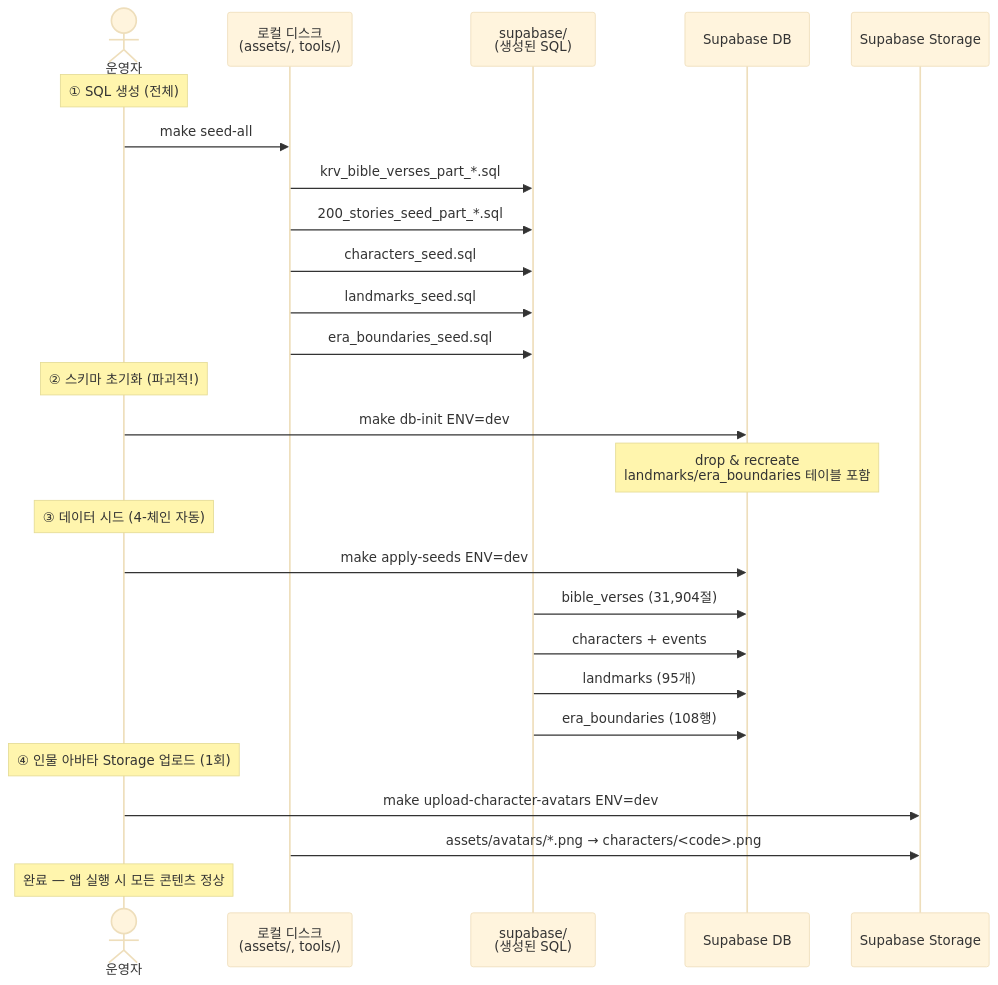
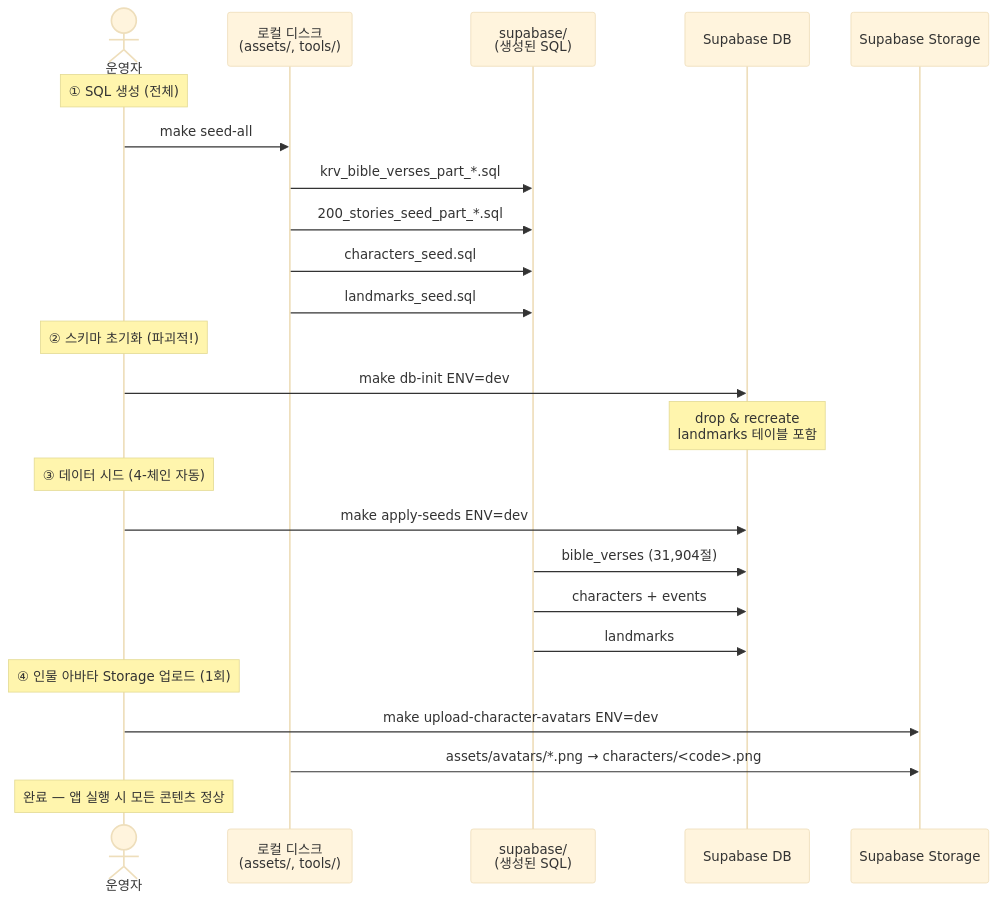
The fifth of 5 diagrams in docs/guides/WORKFLOW_GUIDE.md (brand-i-admin/story_bible), drawn with Mermaid (base theme) before and after one commit. The commit also changed other lines of this file and 35 other files, not shown here.

````diff
--- a/docs/guides/WORKFLOW_GUIDE.md
+++ b/docs/guides/WORKFLOW_GUIDE.md
@@ -457,33 +419,31 @@
 ```mermaid
 sequenceDiagram
     actor U as 운영자
     participant Local as 로컬 디스크<br/>(assets/, tools/)
     participant SQL as supabase/<br/>(생성된 SQL)
     participant DB as Supabase DB
     participant Storage as Supabase Storage
 
     Note over U: ① SQL 생성 (전체)
     U->>Local: make seed-all
     Local->>SQL: krv_bible_verses_part_*.sql
     Local->>SQL: 200_stories_seed_part_*.sql
     Local->>SQL: characters_seed.sql
     Local->>SQL: landmarks_seed.sql
-    Local->>SQL: era_boundaries_seed.sql
 
     Note over U: ② 스키마 초기화 (파괴적!)
     U->>DB: make db-init ENV=dev
-    Note over DB: drop & recreate<br/>landmarks/era_boundaries 테이블 포함
+    Note over DB: drop & recreate<br/>landmarks 테이블 포함
 
     Note over U: ③ 데이터 시드 (4-체인 자동)
     U->>DB: make apply-seeds ENV=dev
     SQL->>DB: bible_verses (31,904절)
     SQL->>DB: characters + events
-    SQL->>DB: landmarks (95개)
-    SQL->>DB: era_boundaries (108행)
+    SQL->>DB: landmarks
 
     Note over U: ④ 인물 아바타 Storage 업로드 (1회)
     U->>Storage: make upload-character-avatars ENV=dev
     Local->>Storage: assets/avatars/*.png → characters/<code>.png
 
     Note over U: 완료 — 앱 실행 시 모든 콘텐츠 정상
 ```
````
